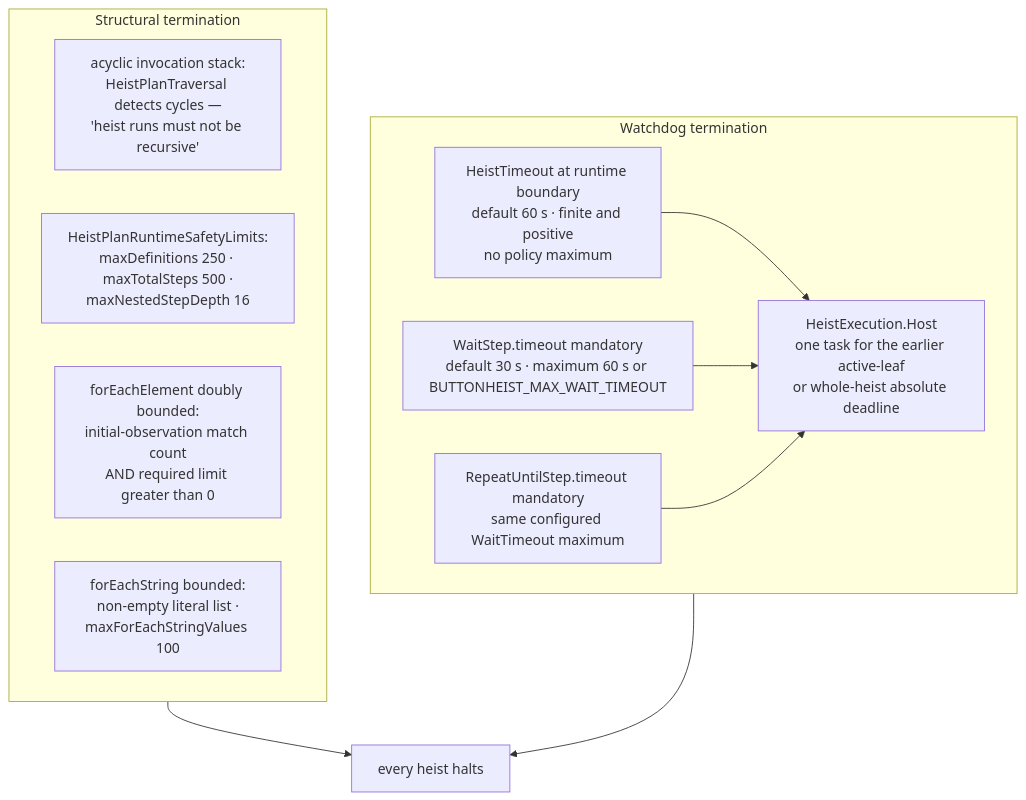
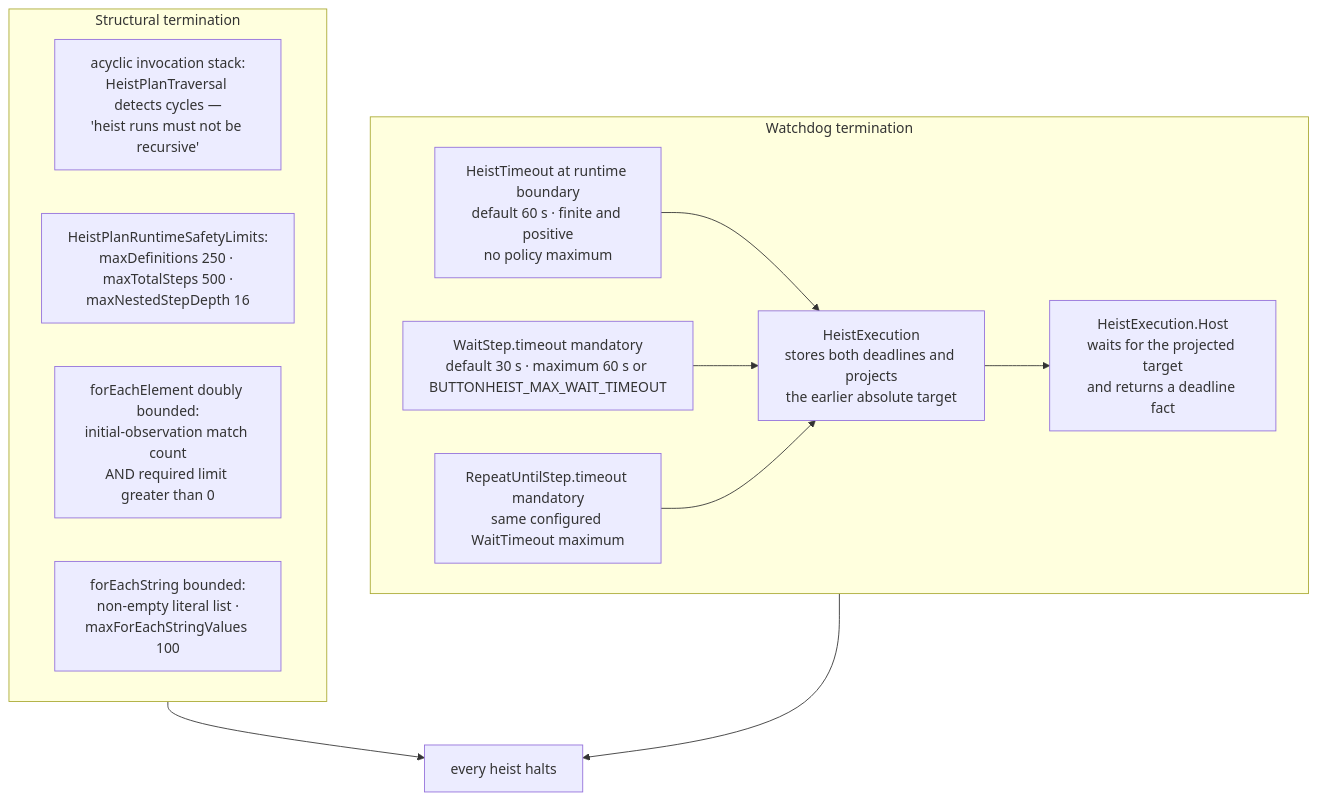
The diagram in docs/diagrams/totality.md (RoyalPineapple/TheButtonHeist), drawn with Mermaid before and after one commit. The commit also changed 50 other files, not shown here.

First line of the commit message:
Make HeistExecution a pure reducer (#1423)

````diff
--- a/docs/diagrams/totality.md
+++ b/docs/diagrams/totality.md
@@ -14,24 +14,26 @@
 ```mermaid
 flowchart TD
     HALT["every heist halts"]
 
     subgraph structural["Structural termination"]
         ACYCLIC["acyclic invocation stack:<br/>HeistPlanTraversal detects cycles —<br/>'heist runs must not be recursive'"]
         LIMITS["HeistPlanRuntimeSafetyLimits:<br/>maxDefinitions 250 · maxTotalSteps 500 ·<br/>maxNestedStepDepth 16"]
         FOREACH["forEachElement doubly bounded:<br/>initial-observation match count<br/>AND required limit greater than 0"]
         FORSTR["forEachString bounded:<br/>non-empty literal list ·<br/>maxForEachStringValues 100"]
     end
 
     subgraph watchdog["Watchdog termination"]
         WAITT["WaitStep.timeout mandatory<br/>default 30 s · maximum 60 s or BUTTONHEIST_MAX_WAIT_TIMEOUT"]
         REPEATT["RepeatUntilStep.timeout mandatory<br/>same configured WaitTimeout maximum"]
         HEISTT["HeistTimeout at runtime boundary<br/>default 60 s · finite and positive<br/>no policy maximum"]
-        HOST["HeistExecution.Host<br/>one task for the earlier active-leaf<br/>or whole-heist absolute deadline"]
-        HEISTT --> HOST
-        WAITT --> HOST
-        REPEATT --> HOST
+        EXECUTION["HeistExecution<br/>stores both deadlines and projects<br/>the earlier absolute target"]
+        HOST["HeistExecution.Host<br/>waits for the projected target<br/>and returns a deadline fact"]
+        HEISTT --> EXECUTION
+        WAITT --> EXECUTION
+        REPEATT --> EXECUTION
+        EXECUTION --> HOST
     end
 
     structural --> HALT
     watchdog --> HALT
 ```
````
